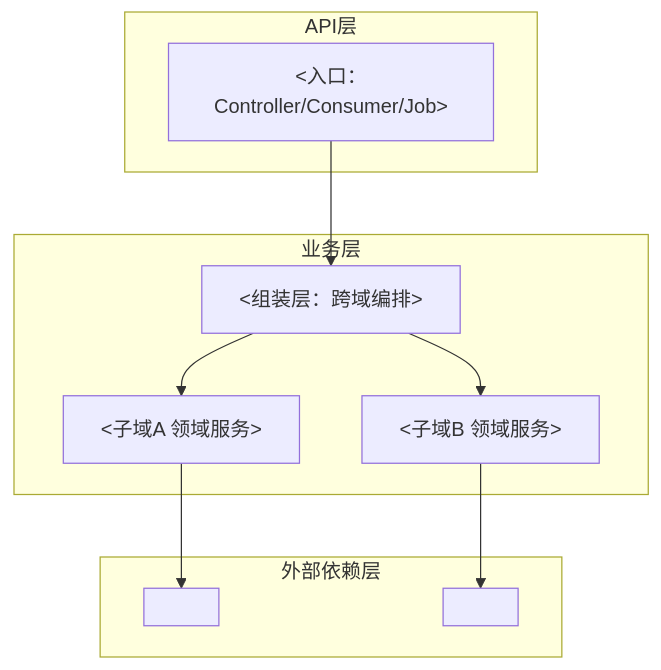
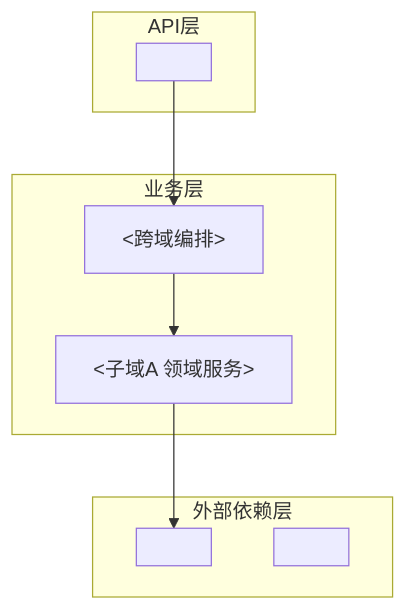
One commit to guanwenbo/pi-workflow changed the eighth of 9 diagrams in docs/templates/03-design.md. Above: the diagram before and after it, drawn with Mermaid. The commit also changed other lines of this file and 6 other files, not shown here.

````diff
--- a/docs/templates/03-design.md
+++ b/docs/templates/03-design.md
@@ -168,20 +126,15 @@
 ```mermaid
 flowchart TB
   subgraph API层
-    A1[<入口：Controller/Consumer/Job>]
+    A1[<Controller/Consumer/Job>]
   end
   subgraph 业务层
-    B0[<组装层：跨域编排>]
+    B0[<跨域编排>]
     B1[<子域A 领域服务>]
-    B2[<子域B 领域服务>]
   end
   subgraph 外部依赖层
     C1[<DB 访问>]
     C2[<RPC/缓存/MQ>]
   end
-  A1 --> B0
-  B0 --> B1
-  B0 --> B2
-  B1 --> C1
-  B2 --> C2
+  A1 --> B0 --> B1 --> C1
 ```
````
